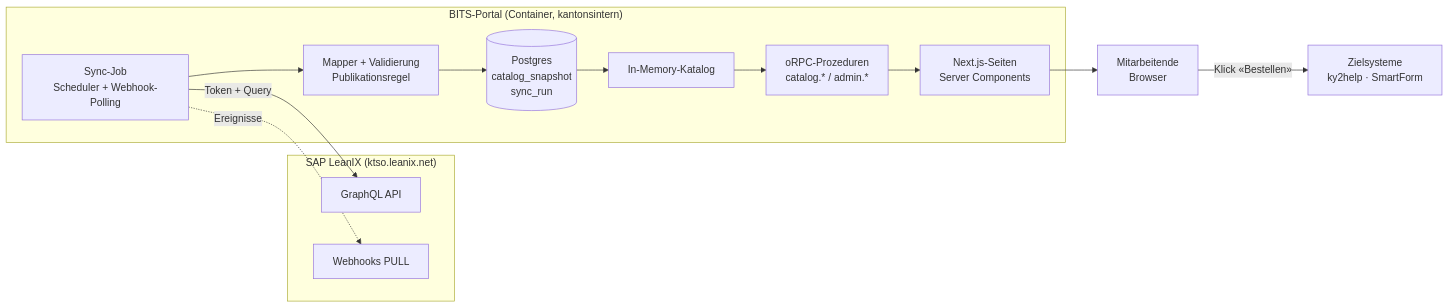
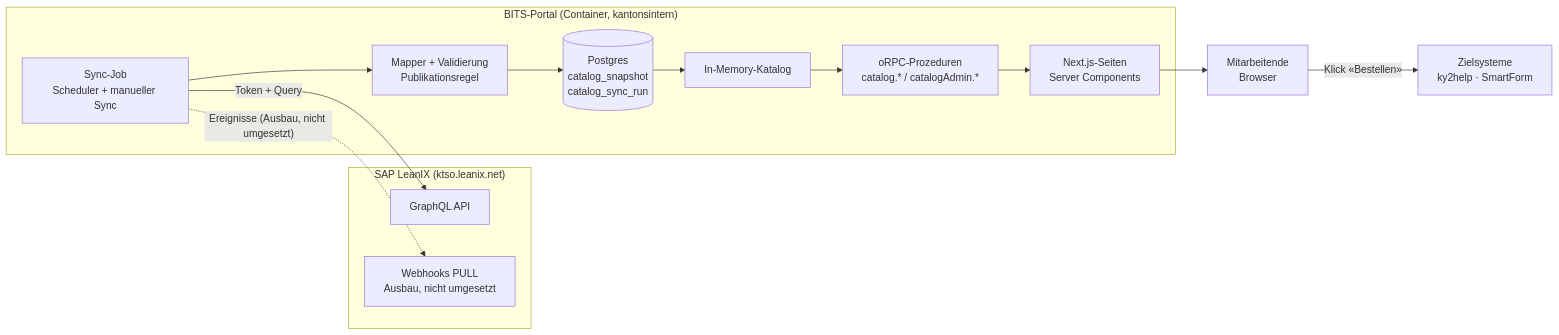
One commit to ktsobus/BIS_Portal changed the second of 2 diagrams in docs/konzept.md. Above: the diagram before and after it, drawn with Mermaid. The commit also changed other lines of this file and 63 other files, not shown here.

````diff
--- a/docs/konzept.md
+++ b/docs/konzept.md
@@ -204,23 +212,23 @@
 ```mermaid
 flowchart LR
     subgraph LeanIX["SAP LeanIX (ktso.leanix.net)"]
         GQL[GraphQL API]
-        WH[Webhooks PULL]
+        WH[Webhooks PULL<br/>Ausbau, nicht umgesetzt]
     end
     subgraph Portal["BITS-Portal (Container, kantonsintern)"]
-        SYNC[Sync-Job<br/>Scheduler + Webhook-Polling]
+        SYNC[Sync-Job<br/>Scheduler + manueller Sync]
         MAP[Mapper + Validierung<br/>Publikationsregel]
-        DB[(Postgres<br/>catalog_snapshot<br/>sync_run)]
+        DB[(Postgres<br/>catalog_snapshot<br/>catalog_sync_run)]
         MEM[In-Memory-Katalog]
-        RPC[oRPC-Prozeduren<br/>catalog.* / admin.*]
+        RPC[oRPC-Prozeduren<br/>catalog.* / catalogAdmin.*]
         UI[Next.js-Seiten<br/>Server Components]
     end
     USER[Mitarbeitende<br/>Browser]
     ZIEL[Zielsysteme<br/>ky2help · SmartForm]
 
     SYNC -- Token + Query --> GQL
-    SYNC -. Ereignisse .-> WH
+    SYNC -. "Ereignisse (Ausbau, nicht umgesetzt)" .-> WH
     SYNC --> MAP --> DB --> MEM
     MEM --> RPC --> UI --> USER
     USER -- Klick «Bestellen» --> ZIEL
 ```
````
